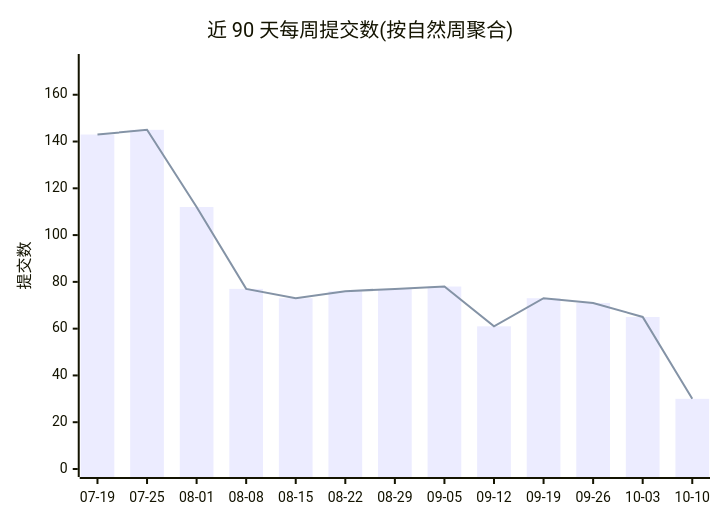
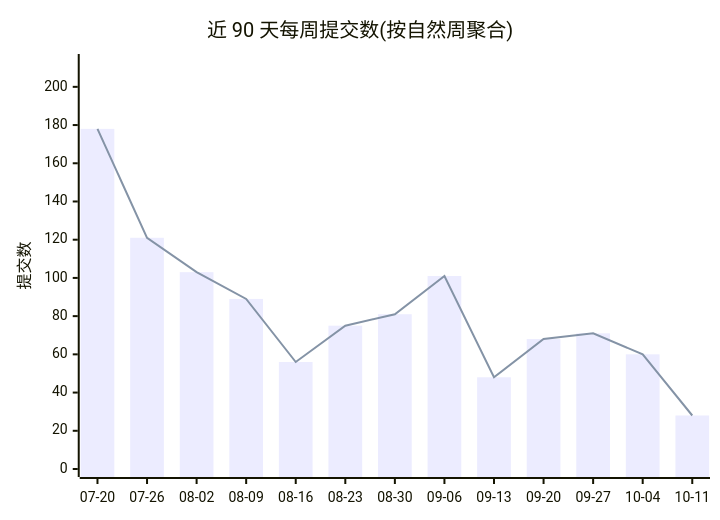
Before and after one commit to Conflux-Union/.github: the first of 2 diagrams in profile/README.md, drawn with Mermaid. The commit also changed other lines of this file and 1 other file, not shown here.

````diff
--- a/profile/README.md
+++ b/profile/README.md
@@ -44,8 +44,8 @@
 ```mermaid
 xychart-beta
     title "近 90 天每周提交数(按自然周聚合)"
-    x-axis ["07-19", "07-25", "08-01", "08-08", "08-15", "08-22", "08-29", "09-05", "09-12", "09-19", "09-26", "10-03", "10-10"]
-    y-axis "提交数" 0 --> 174
-    bar [143, 145, 112, 77, 73, 76, 77, 78, 61, 73, 71, 65, 30]
-    line [143, 145, 112, 77, 73, 76, 77, 78, 61, 73, 71, 65, 30]
+    x-axis ["07-20", "07-26", "08-02", "08-09", "08-16", "08-23", "08-30", "09-06", "09-13", "09-20", "09-27", "10-04", "10-11"]
+    y-axis "提交数" 0 --> 213
+    bar [178, 121, 103, 89, 56, 75, 81, 101, 48, 68, 71, 60, 28]
+    line [178, 121, 103, 89, 56, 75, 81, 101, 48, 68, 71, 60, 28]
 ```
````
